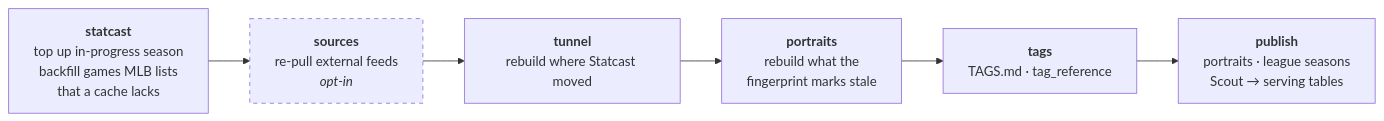
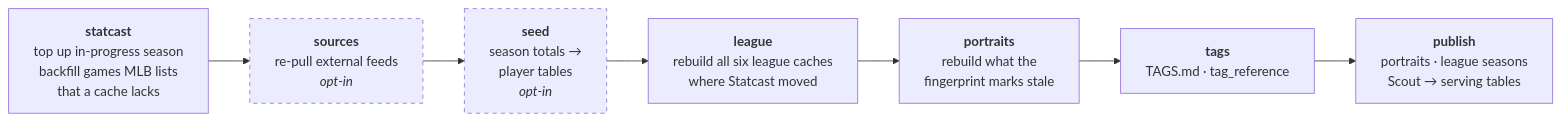
The fourth of 7 diagrams in docs/ARCHITECTURE.md (SebastianAbarca/baseball-analytics), drawn with Mermaid before and after one commit. The commit also changed other lines of this file and 6 other files, not shown here.

````diff
--- a/docs/ARCHITECTURE.md
+++ b/docs/ARCHITECTURE.md
@@ -172,13 +176,16 @@
 ```mermaid
 flowchart LR
     S1["<b>statcast</b><br/>top up in-progress season<br/>backfill games MLB lists<br/>that a cache lacks"]
     S2["<b>sources</b><br/>re-pull external feeds<br/><i>opt-in</i>"]
-    S3["<b>tunnel</b><br/>rebuild where Statcast moved"]
+    S3["<b>league</b><br/>rebuild all six league caches<br/>where Statcast moved"]
     S4["<b>portraits</b><br/>rebuild what the<br/>fingerprint marks stale"]
     S5["<b>tags</b><br/>TAGS.md · tag_reference"]
     S6["<b>publish</b><br/>portraits · league seasons<br/>Scout → serving tables"]
 
-    S1 --> S2 --> S3 --> S4 --> S5 --> S6
+    S2b["<b>seed</b><br/>season totals →<br/>player tables<br/><i>opt-in</i>"]
+
+    S1 --> S2 --> S2b --> S3 --> S4 --> S5 --> S6
 
     style S2 stroke-dasharray: 5 5
+    style S2b stroke-dasharray: 5 5
 ```
````
